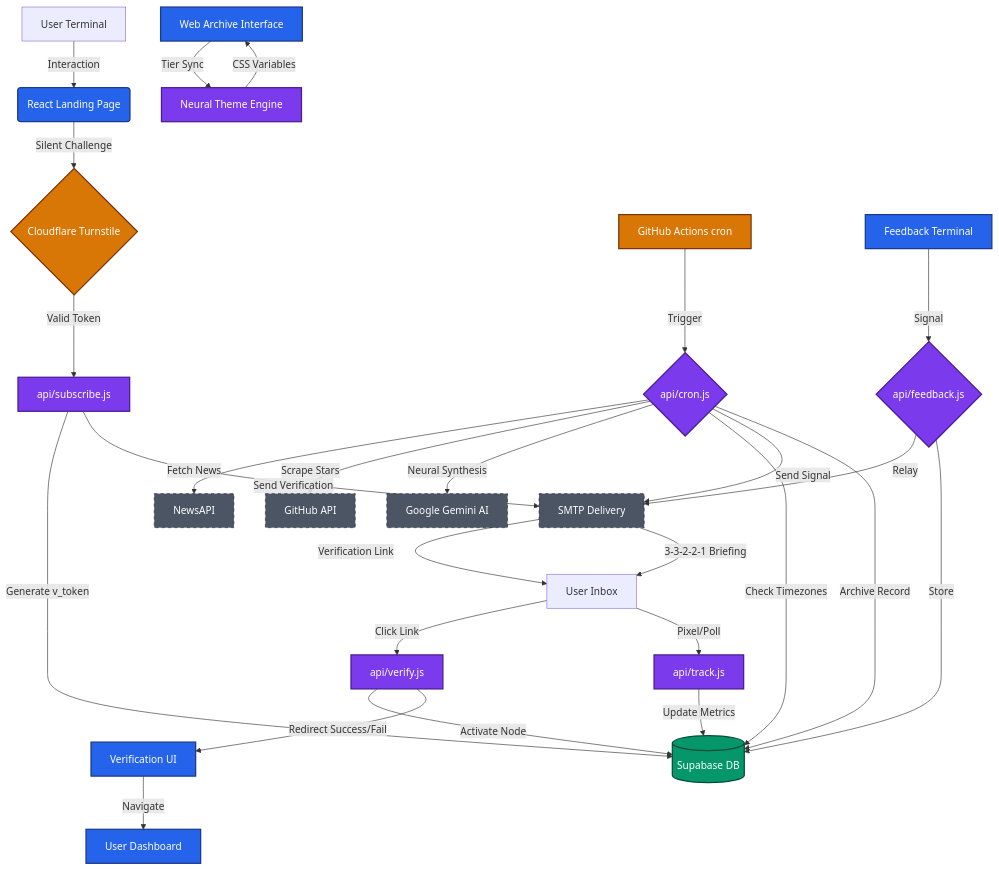
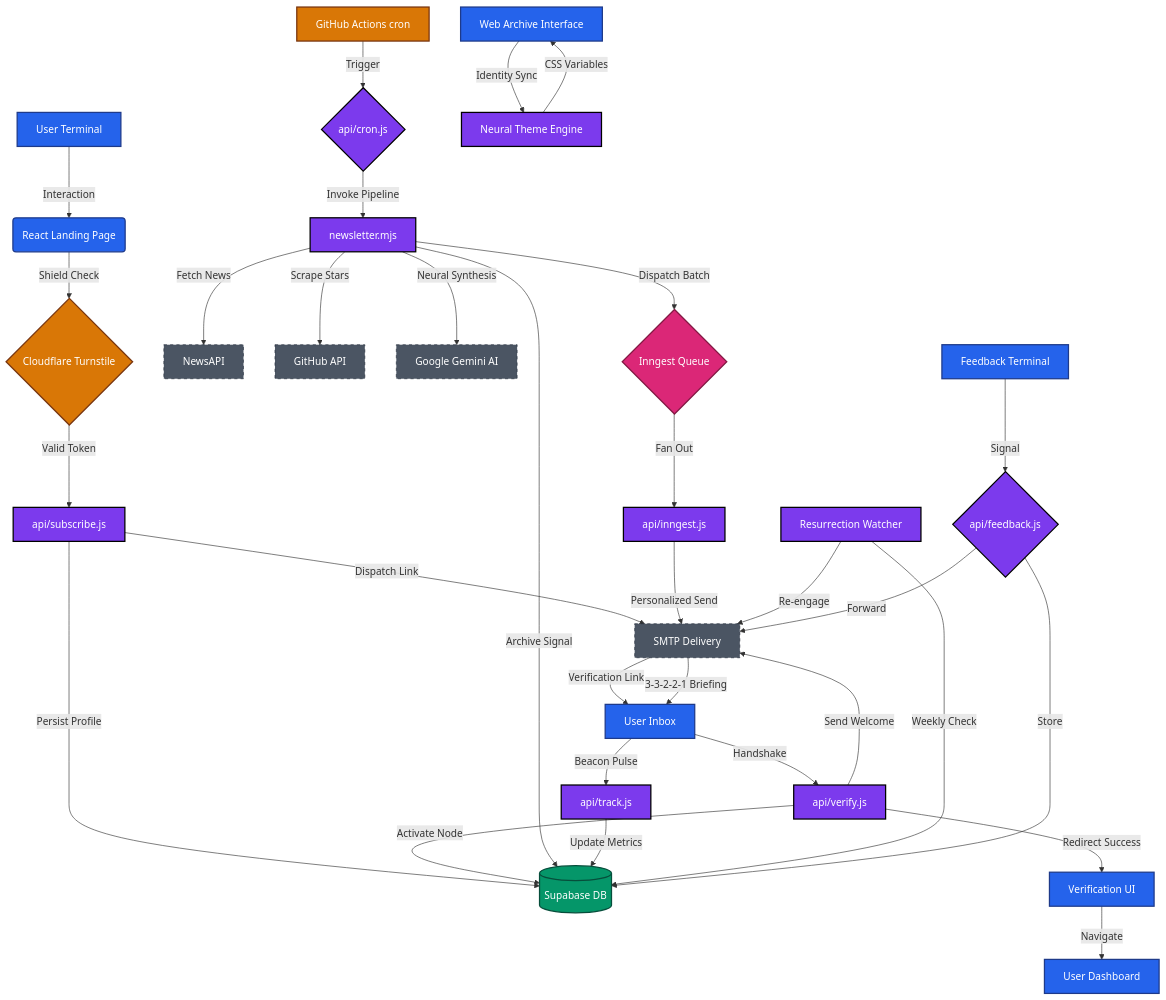
One commit to MuhammadUsmanGM/NewsLetter changed the diagram in README.md. Above: the diagram before and after it, drawn with Mermaid.

Commit message:
docs: update Mermaid architectural diagram to accurately reflect serverless pipeline

````diff
--- a/README.md
+++ b/README.md
@@ -45,45 +45,60 @@
 ```mermaid
 graph TD
+    %% User & Security Layers
     A[User Terminal] -->|Interaction| B(React Landing Page)
-    B -->|Silent Challenge| C{Cloudflare Turnstile}
+    B -->|Shield Check| C{Cloudflare Turnstile}
     C -->|Valid Token| D[api/subscribe.js]
-    D -->|Generate v_token| E[(Supabase DB)]
-    D -->|Send Verification| K[SMTP Delivery]
+    D -->|Persist Profile| E[(Supabase DB)]
+    D -->|Dispatch Link| K[SMTP Delivery]
+    
+    %% Verification & Onboarding
     K -->|Verification Link| L[User Inbox]
-    L -->|Click Link| V[api/verify.js]
+    L -->|Handshake| V[api/verify.js]
     V -->|Activate Node| E
-    V -->|Redirect Success/Fail| VU[Verification UI]
+    V -->|Send Welcome| K
+    V -->|Redirect Success| VU[Verification UI]
     VU -->|Navigate| DA[User Dashboard]
+
+    %% Intelligence Engine (The Pipeline)
+    F[GitHub Actions cron] -->|Trigger| G{api/cron.js}
+    G -->|Invoke Pipeline| NS[newsletter.mjs]
+    NS -->|Fetch News| H[NewsAPI]
+    NS -->|Scrape Stars| I[GitHub API]
+    NS -->|Neural Synthesis| J[Google Gemini AI]
+    NS -->|Archive Signal| E
+    NS -->|Dispatch Batch| ING{Inngest Queue}
     
-    F[GitHub Actions cron] -->|Trigger| G{api/cron.js}
-    G -->|Fetch News| H[NewsAPI]
-    G -->|Scrape Stars| I[GitHub API]
-    G -->|Neural Synthesis| J[Google Gemini AI]
-    G -->|Check Timezones| E
-    G -->|Send Signal| K
-    G -->|Archive Record| E 
+    %% Async Delivery Layer
+    ING -->|Fan Out| INH[api/inngest.js]
+    INH -->|Personalized Send| K
     K -->|3-3-2-2-1 Briefing| L
-    
+
+    %% Maintenance & Analytics
     T[api/track.js] -->|Update Metrics| E
-    L -->|Pixel/Poll| T
+    L -->|Beacon Pulse| T
+    SU[Resurrection Watcher] -->|Weekly Check| E
+    SU -->|Re-engage| K
 
-    M[Web Archive Interface] -->|Tier Sync| P[Neural Theme Engine]
+    %% UI Intelligence
+    M[Web Archive Interface] -->|Identity Sync| P[Neural Theme Engine]
     P -->|CSS Variables| M
     N[Feedback Terminal] -->|Signal| O{api/feedback.js}
-    O -->|Relay| K
+    O -->|Forward| K
     O -->|Store| E
 
-    %% Color Palette Definitions
+    %% Styling Definitions
     classDef frontend fill:#2563eb,stroke:#1e3a8a,color:#fff,stroke-width:2px
-    classDef logic fill:#7c3aed,stroke:#4c1d95,color:#fff,stroke-width:2px
+    classDef logic fill:#7c3aed,stroke:#000000,color:#fff,stroke-width:2px
     classDef database fill:#059669,stroke:#064e3b,color:#fff,stroke-width:2px
     classDef trigger fill:#d97706,stroke:#78350f,color:#fff,stroke-width:2px
+    classDef queue fill:#db2777,stroke:#831843,color:#fff,stroke-width:2px
     classDef external fill:#4b5563,stroke:#1f2937,color:#fff,stroke-width:1px,stroke-dasharray: 5 5
 
     %% Applying Classes
-    class B,VU,DA,M,N frontend
-    class D,V,G,T,O,P logic
+    class B,VU,DA,M,N,A,L frontend
+    class D,V,G,T,O,P,NS,INH,SU logic
     class E database
     class C,F trigger
+    class ING queue
     class H,I,J,K external
 ```
````
